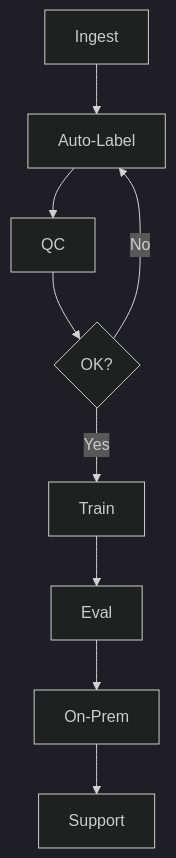
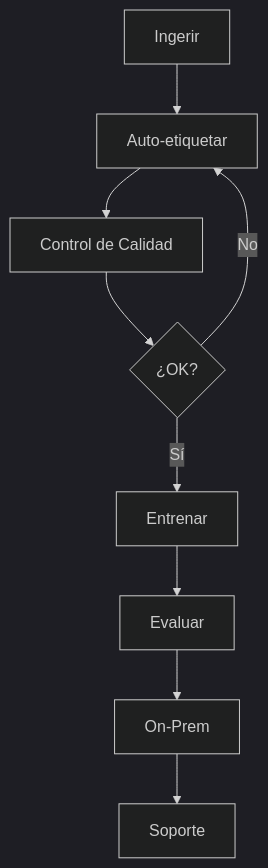
The third of 7 diagrams in docs/vitepress_docs/docs_src/es/guide/plan-ticket-automation-project.md (Softoft-Orga/open-ticket-ai), drawn with Mermaid before and after one commit. The commit also changed other lines of this file and 88 other files, not shown here.

````diff
--- a/docs/vitepress_docs/docs_src/es/guide/plan-ticket-automation-project.md
+++ b/docs/vitepress_docs/docs_src/es/guide/plan-ticket-automation-project.md
@@ -89,15 +92,15 @@
 ```mermaid
 ---
 config:
   theme: 'dark'
 ---
 flowchart TD
-  A[Ingest] --> B[Auto-Label]
-  B --> C[QC]
-  C --> D{OK?}
+  A[Ingerir] --> B[Auto-etiquetar]
+  B --> C[Control de Calidad]
+  C --> D{¿OK?}
   D -- No --> B
-  D -- Yes --> E[Train]
-  E --> F[Eval]
+  D -- Sí --> E[Entrenar]
+  E --> F[Evaluar]
   F --> G[On-Prem]
-  G --> H[Support]
+  G --> H[Soporte]
 ```
````
